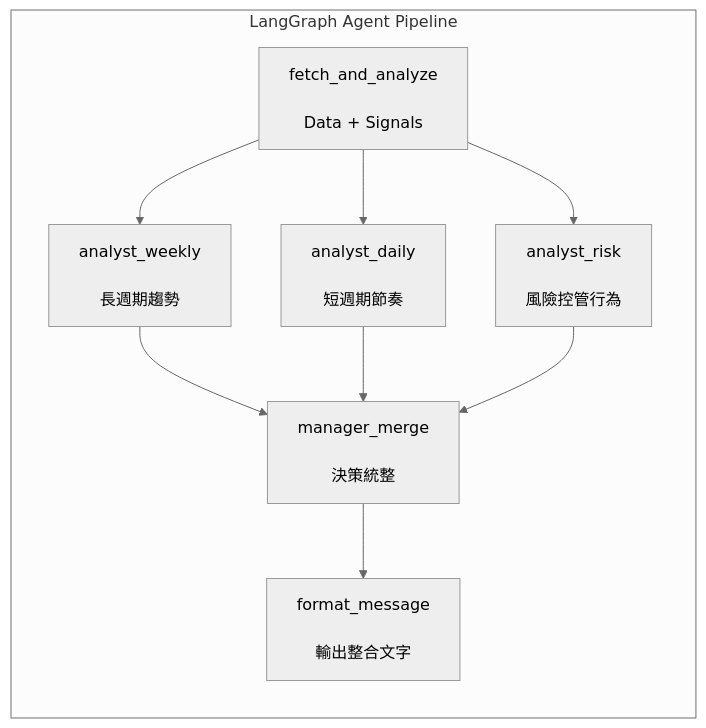
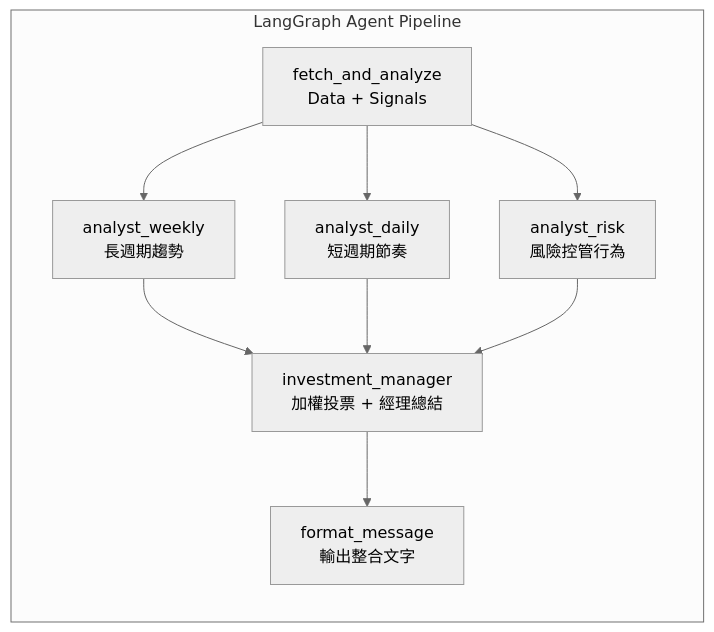
One commit to jiunjiun69/Crypto-AI-Agent-Framework changed the third of 3 diagrams in README.md. Above: the diagram before and after it, drawn with Mermaid (neutral theme). The commit also changed other lines of this file and 2 other files, not shown here.

Commit message:
Update README : investment_manager

````diff
--- a/README.md
+++ b/README.md
@@ -543,25 +346,19 @@
 ```mermaid
 flowchart LR
     subgraph Pipeline["LangGraph Agent Pipeline"]
-        A[fetch_and_analyze<br/>
-        Data + Signals]
-        B1[analyst_weekly<br/>
-        長週期趨勢]
-        B2[analyst_daily<br/>
-        短週期節奏]
-        B3[analyst_risk<br/>
-        風險控管行為]
-        C[manager_merge<br/>
-        決策統整]
-        D[format_message<br/>
-        輸出整合文字]
+        A[fetch_and_analyze<br/>Data + Signals]
+        B1[analyst_weekly<br/>長週期趨勢]
+        B2[analyst_daily<br/>短週期節奏]
+        B3[analyst_risk<br/>風險控管行為]
+        C[investment_manager<br/>加權投票 + 經理總結]
+        D[format_message<br/>輸出整合文字]
     end
 
     A --> B1
     A --> B2
     A --> B3
     B1 --> C
     B2 --> C
     B3 --> C
     C --> D
 ```
````
